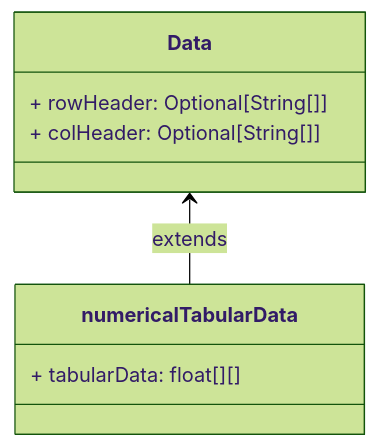
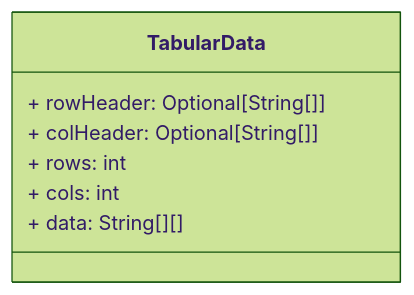
The fourth of 6 diagrams in README-Solution.md (rklasen/programming-challenge), drawn with Mermaid (forest theme) before and after one commit. The commit also changed other lines of this file, not shown here.

Commit message:
refined the structure. there is now only TabularData, no other data type.

````diff
--- a/README-Solution.md
+++ b/README-Solution.md
@@ -90,13 +91,10 @@
 ```mermaid
 classDiagram
-    class Data {
+    class TabularData {
         + rowHeader: Optional[String[]]
         + colHeader: Optional[String[]]
+        + rows: int
+        + cols: int
+        + data: String[][]
     }
-
-    class numericalTabularData {
-        + tabularData: float[][]
-    }
-
-    Data <-- numericalTabularData : extends
 ```
````
